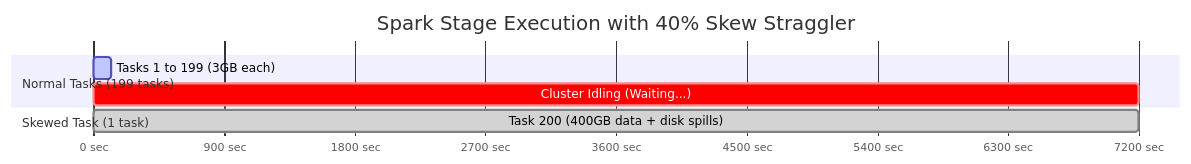
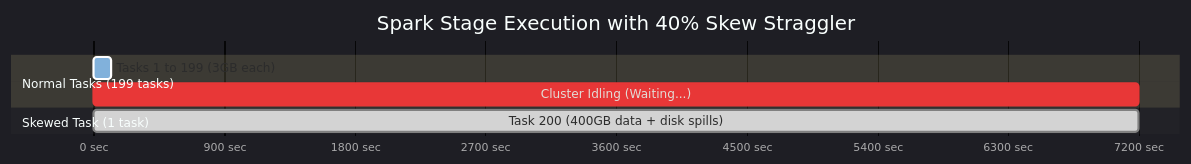
The eighth of 21 diagrams in Data Engineering/frequently_asked_questions/05_apache_spark_and_pyspark_faq.md (joydeep-biswas/Interview-Preparation), drawn with Mermaid before and after one commit. The commit also changed other lines of this file and 178 other files, not shown here.

````diff
--- a/Data Engineering/frequently_asked_questions/05_apache_spark_and_pyspark_faq.md
+++ b/Data Engineering/frequently_asked_questions/05_apache_spark_and_pyspark_faq.md
@@ -935,13 +934,14 @@
 ```mermaid
+%%{init: {'theme': 'dark', 'themeVariables': { 'fontFamily': 'ui-sans-serif, system-ui, sans-serif', 'primaryColor': '#1e293b', 'primaryTextColor': '#f8fafc', 'primaryBorderColor': '#3b82f6', 'lineColor': '#64748b', 'secondaryColor': '#0f172a', 'tertiaryColor': '#1e293b' }}}%%
 gantt
     title Spark Stage Execution with 40% Skew Straggler
     dateFormat  X
     axisFormat %s sec
 
     section Normal Tasks (199 tasks)
     Tasks 1 to 199 (3GB each)     :active, t1, 0, 120
     Cluster Idling (Waiting...)   :crit, t2, 120, 7200
 
     section Skewed Task (1 task)
     Task 200 (400GB data + disk spills) :done, t3, 0, 7200
 ```
````
